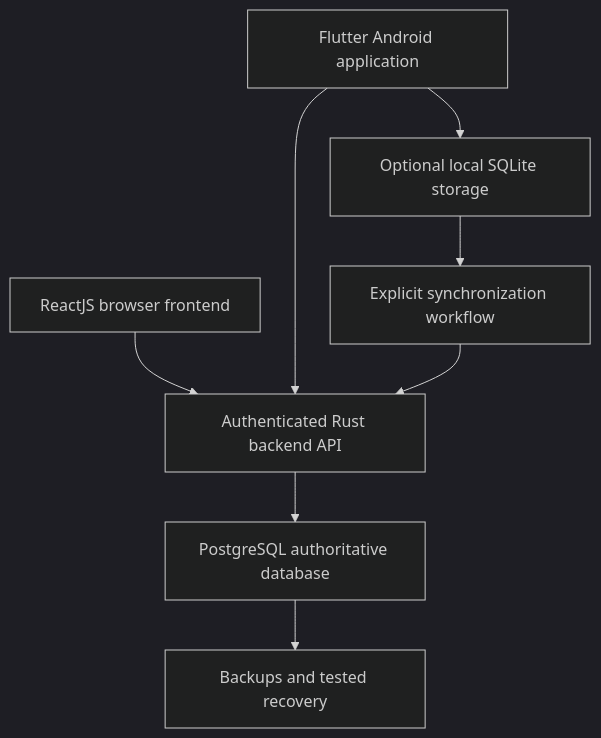
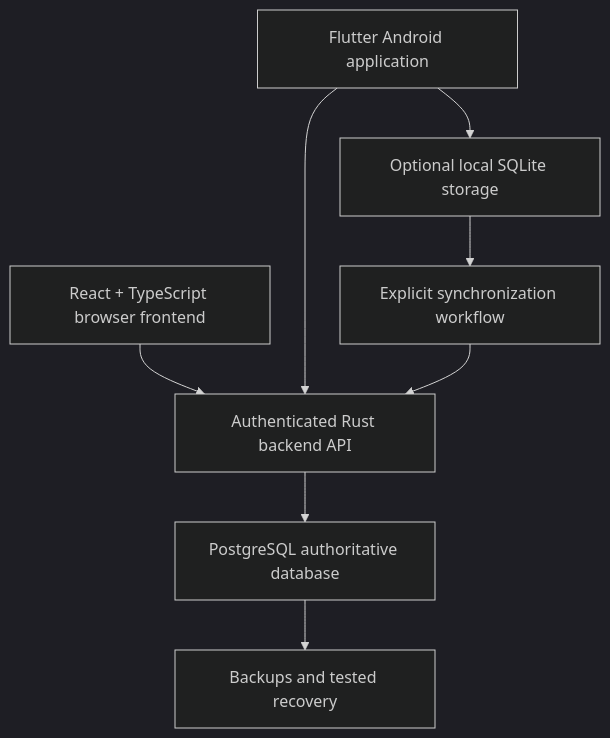
Before and after one commit to Haj-Dev/AREHAJ: the first of 2 diagrams in docs/comparative studies/Database-Comparison.md, drawn with Mermaid (dark theme). The commit also changed other lines of this file and 15 other files, not shown here.

````diff
--- a/docs/comparative studies/Database-Comparison.md
+++ b/docs/comparative studies/Database-Comparison.md
@@ -317,10 +317,10 @@
 ```mermaid
 graph TD
-    A[ReactJS browser frontend] --> C[Authenticated Rust backend API]
+    A[React + TypeScript browser frontend] --> C[Authenticated Rust backend API]
     B[Flutter Android application] --> C
     B --> D[Optional local SQLite storage]
     D --> E[Explicit synchronization workflow]
     E --> C
     C --> F[PostgreSQL authoritative database]
     F --> G[Backups and tested recovery]
 ```
````
